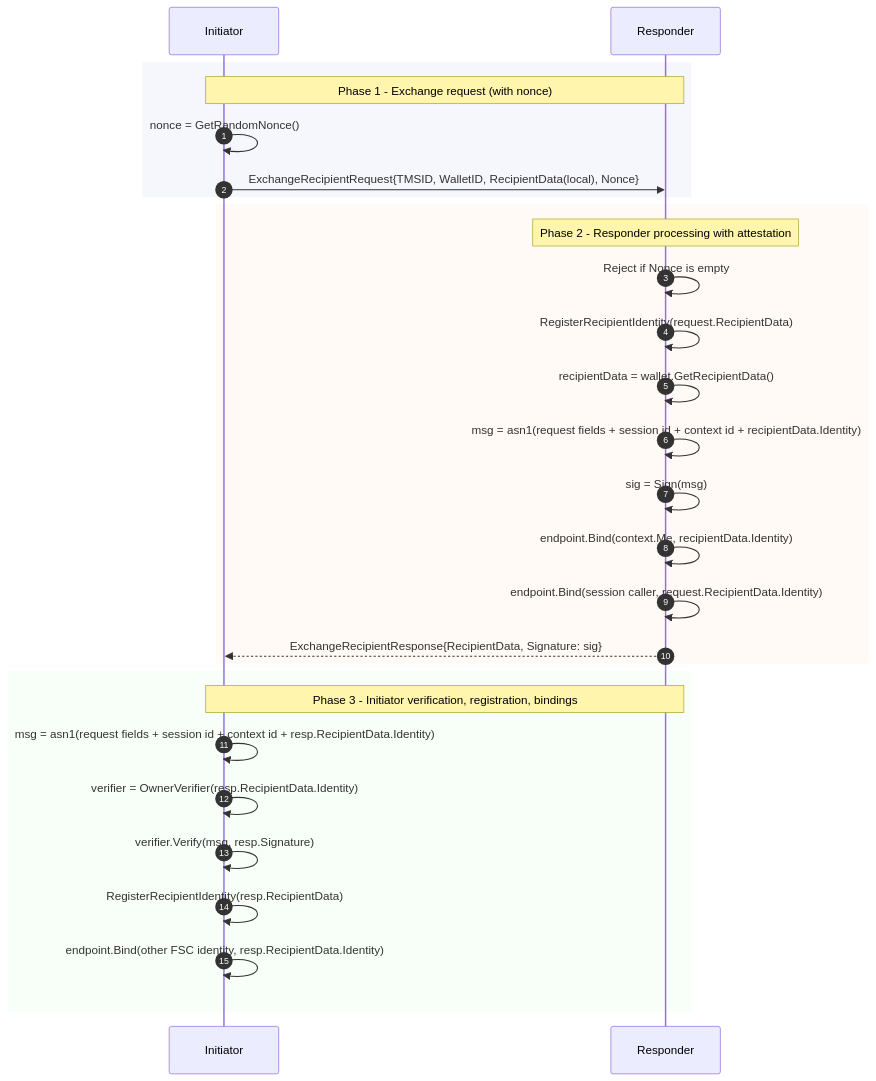
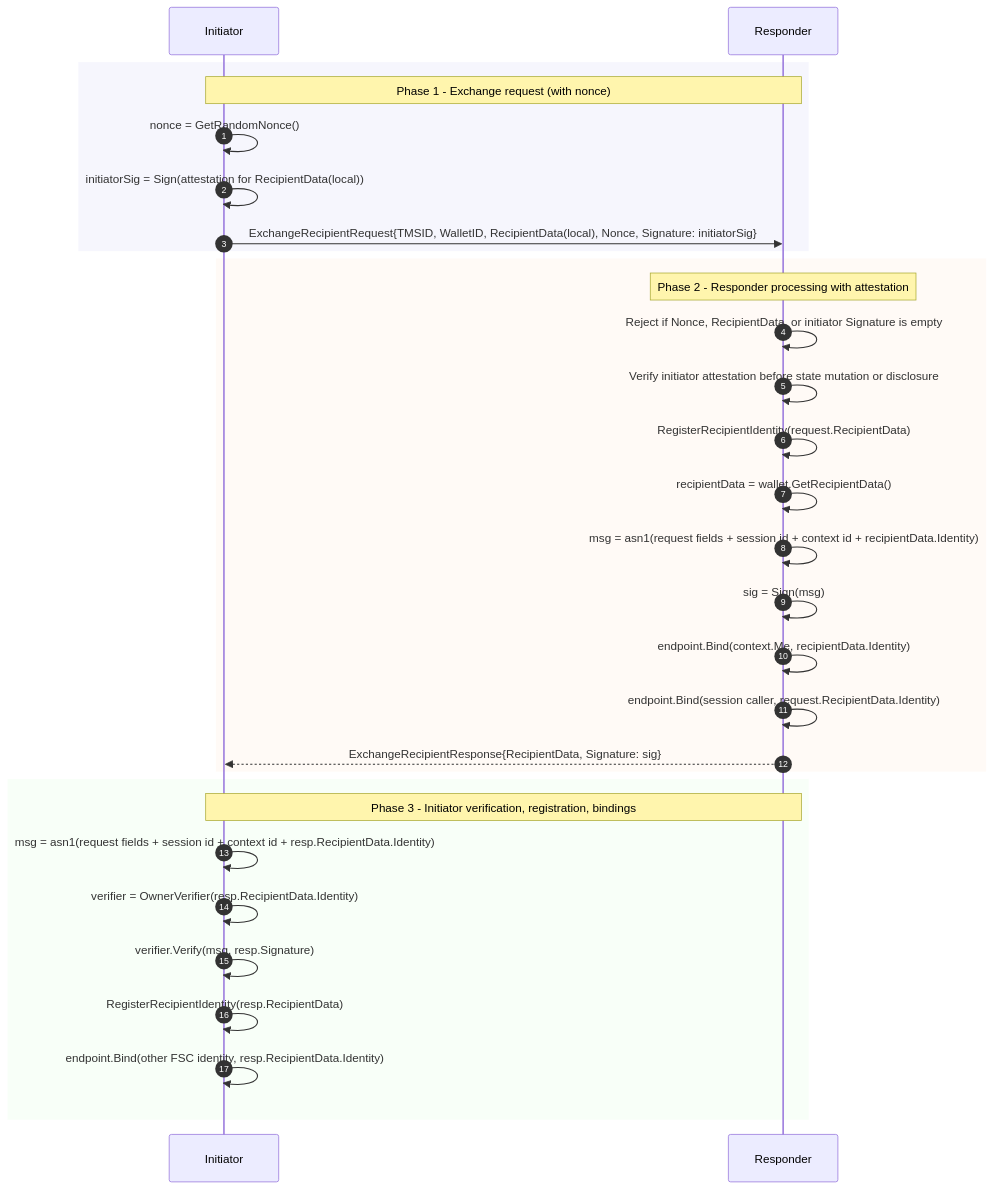
One commit to Built-by-Sign/panurus changed the third of 9 diagrams in docs/services/ttx.md. Above: the diagram before and after it, drawn with Mermaid. The commit also changed other lines of this file and 16 other files, not shown here.

````diff
--- a/docs/services/ttx.md
+++ b/docs/services/ttx.md
@@ -138,33 +160,35 @@
 ```mermaid
 sequenceDiagram
     autonumber
     participant I as Initiator
     participant R as Responder
 
     rect rgba(230, 230, 250, 0.35)
         Note over I,R: Phase 1 - Exchange request (with nonce)
         I->>I: nonce = GetRandomNonce()
-        I->>R: ExchangeRecipientRequest{TMSID, WalletID, RecipientData(local), Nonce}
+        I->>I: initiatorSig = Sign(attestation for RecipientData(local))
+        I->>R: ExchangeRecipientRequest{TMSID, WalletID, RecipientData(local), Nonce, Signature: initiatorSig}
     end
 
     rect rgba(255, 245, 238, 0.5)
         Note over R: Phase 2 - Responder processing with attestation
-        R->>R: Reject if Nonce is empty
+        R->>R: Reject if Nonce, RecipientData, or initiator Signature is empty
+        R->>R: Verify initiator attestation before state mutation or disclosure
         R->>R: RegisterRecipientIdentity(request.RecipientData)
         R->>R: recipientData = wallet.GetRecipientData()
         R->>R: msg = asn1(request fields + session id + context id + recipientData.Identity)
         R->>R: sig = Sign(msg)
         R->>R: endpoint.Bind(context.Me, recipientData.Identity)
         R->>R: endpoint.Bind(session caller, request.RecipientData.Identity)
         R-->>I: ExchangeRecipientResponse{RecipientData, Signature: sig}
     end
 
     rect rgba(240, 255, 240, 0.45)
         Note over I,R: Phase 3 - Initiator verification, registration, bindings
         I->>I: msg = asn1(request fields + session id + context id + resp.RecipientData.Identity)
         I->>I: verifier = OwnerVerifier(resp.RecipientData.Identity)
         I->>I: verifier.Verify(msg, resp.Signature)
         I->>I: RegisterRecipientIdentity(resp.RecipientData)
         I->>I: endpoint.Bind(other FSC identity, resp.RecipientData.Identity)
     end
 ```
````
